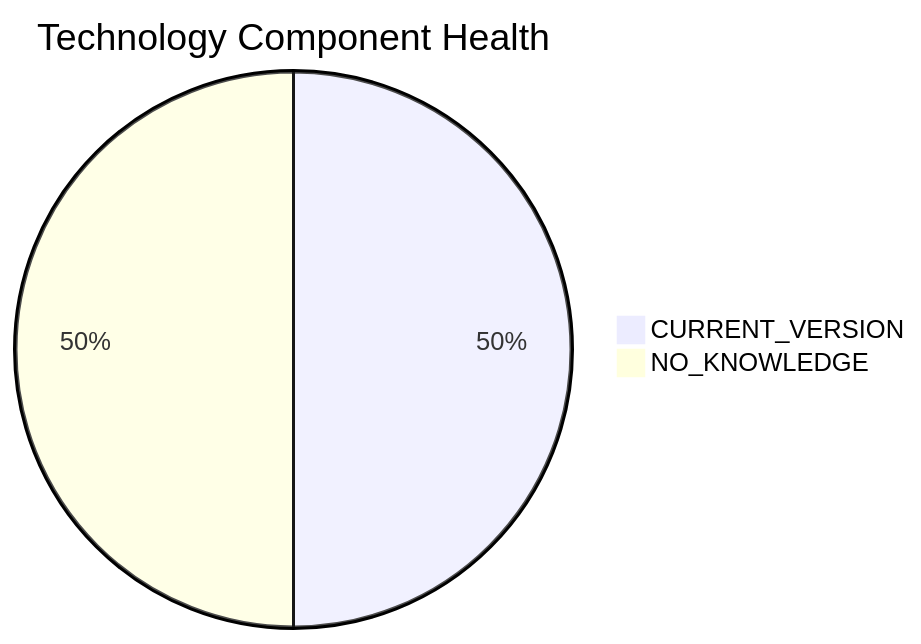
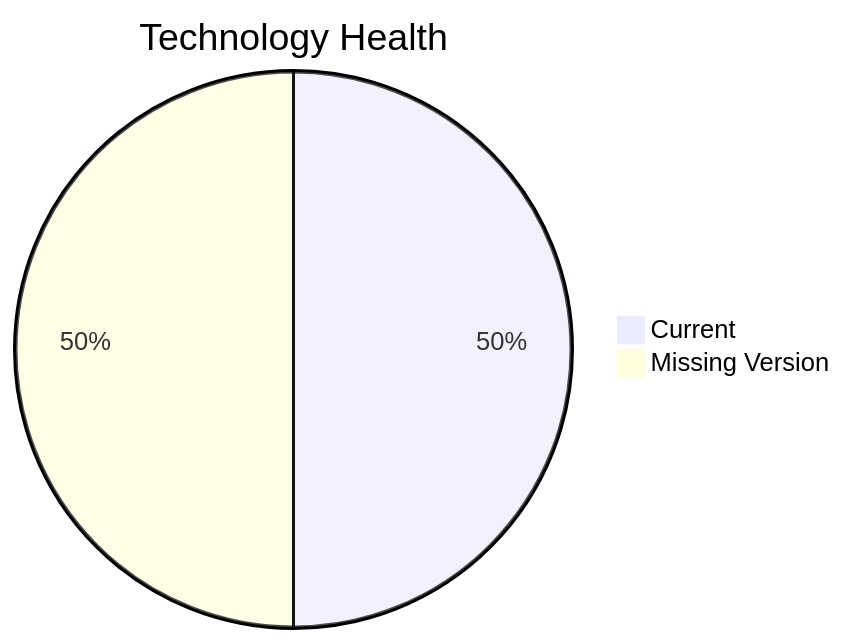
The diagram in discover/output/reports/apps/app023.md (ktruchcz/copilot-test-ktruchcz), drawn with Mermaid before and after one commit. The commit also changed other lines of this file and 227 other files, not shown here.

````diff
--- a/discover/output/reports/apps/app023.md
+++ b/discover/output/reports/apps/app023.md
@@ -38,5 +32,5 @@
 ```mermaid
-pie title Technology Component Health
-    "CURRENT_VERSION" : 2
-    "NO_KNOWLEDGE" : 2
+pie title Technology Health
+    "Current" : 2
+    "Missing Version" : 2
 ```
````
